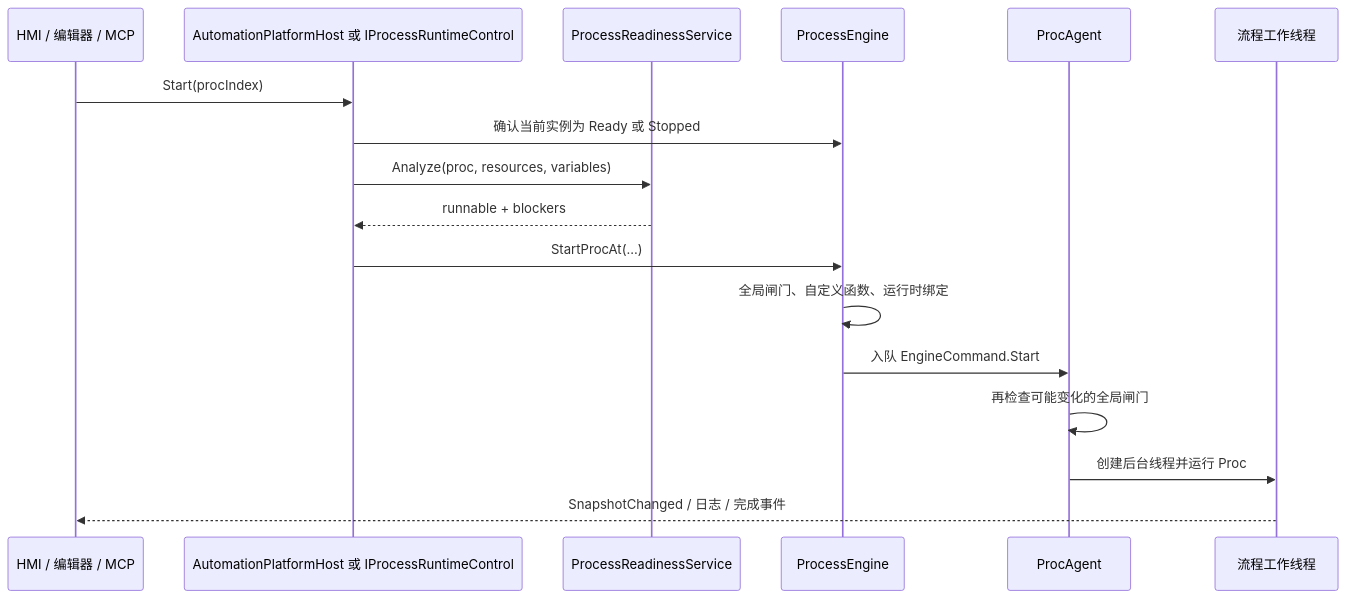
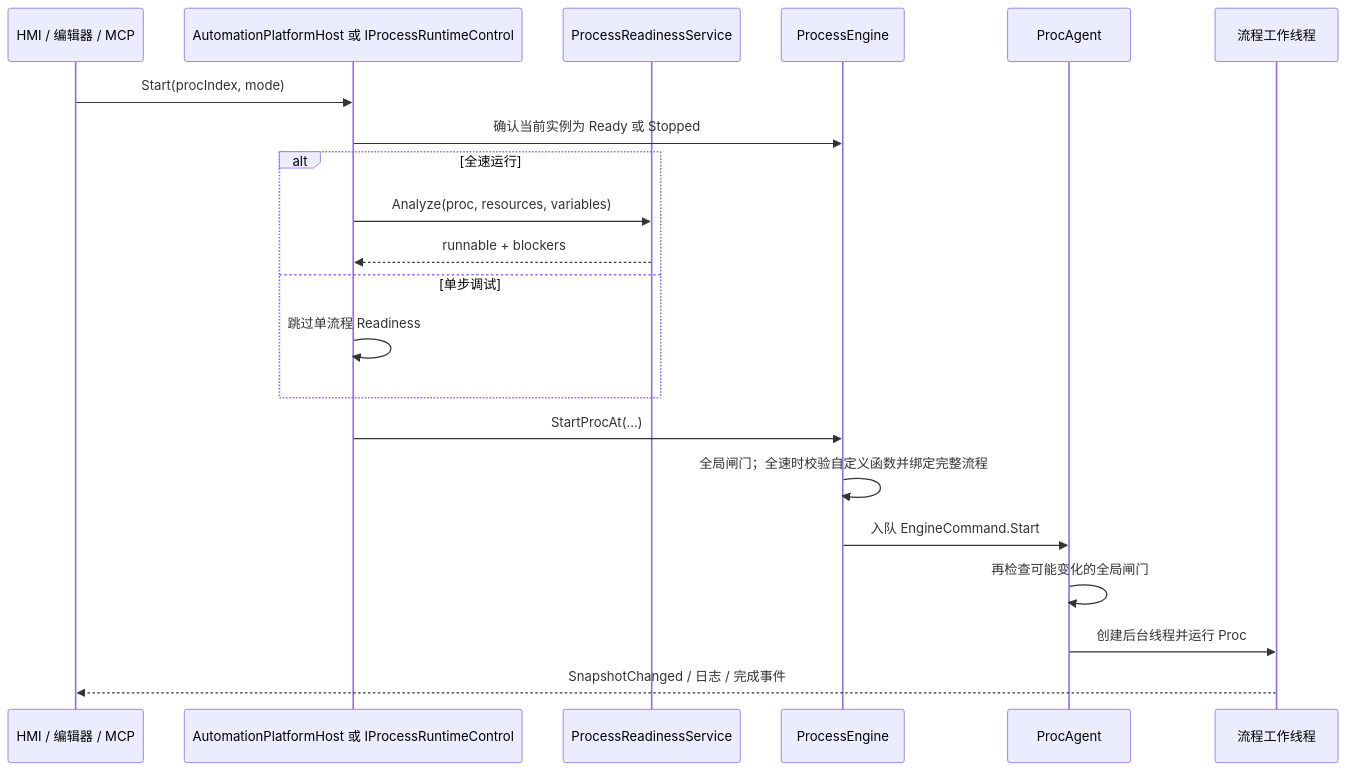
One commit to zeastwin/Automation changed the second of 2 diagrams in Docs/Architecture/03-流程编辑与运行.md. Above: the diagram before and after it, drawn with Mermaid. The commit also changed other lines of this file and 15 other files, not shown here.

````diff
--- a/Docs/Architecture/03-流程编辑与运行.md
+++ b/Docs/Architecture/03-流程编辑与运行.md
@@ -45,20 +45,24 @@
 ```mermaid
 sequenceDiagram
     participant Caller as HMI / 编辑器 / MCP
     participant Host as AutomationPlatformHost 或 IProcessRuntimeControl
     participant Ready as ProcessReadinessService
     participant Engine as ProcessEngine
     participant Agent as ProcAgent
     participant Worker as 流程工作线程
 
-    Caller->>Host: Start(procIndex)
+    Caller->>Host: Start(procIndex, mode)
     Host->>Engine: 确认当前实例为 Ready 或 Stopped
-    Host->>Ready: Analyze(proc, resources, variables)
-    Ready-->>Host: runnable + blockers
+    alt 全速运行
+        Host->>Ready: Analyze(proc, resources, variables)
+        Ready-->>Host: runnable + blockers
+    else 单步调试
+        Host->>Host: 跳过单流程 Readiness
+    end
     Host->>Engine: StartProcAt(...)
-    Engine->>Engine: 全局闸门、自定义函数、运行时绑定
+    Engine->>Engine: 全局闸门；全速时校验自定义函数并绑定完整流程
     Engine->>Agent: 入队 EngineCommand.Start
     Agent->>Agent: 再检查可能变化的全局闸门
     Agent->>Worker: 创建后台线程并运行 Proc
     Worker-->>Caller: SnapshotChanged / 日志 / 完成事件
 ```
````
